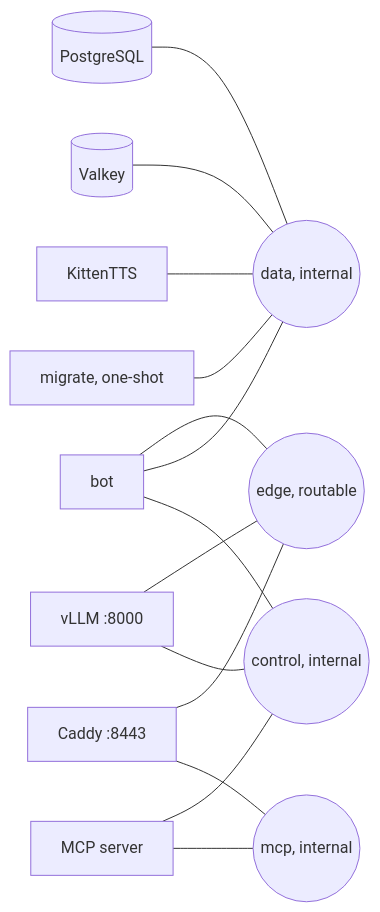
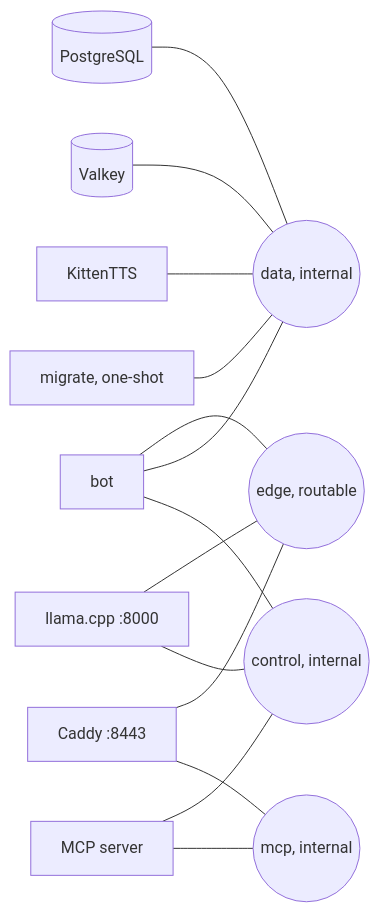
The diagram in deploy/podman/README.md (DeathSurfing/siela-bot), drawn with Mermaid before and after one commit. The commit also changed other lines of this file and 8 other files, not shown here.

First line of the commit message:
deploy(llm): switch stack to llama.cpp with tinyTanLLM-delulu-gemma Q4

````diff
--- a/deploy/podman/README.md
+++ b/deploy/podman/README.md
@@ -18,30 +18,30 @@
 ```mermaid
 flowchart LR
   BOT[bot]
-  LLM[vLLM :8000]
+  LLM[llama.cpp :8000]
   PG[(PostgreSQL)]
   VK[(Valkey)]
   TTS[KittenTTS]
   MIG[migrate, one-shot]
   MCP[MCP server]
   CADDY[Caddy :8443]
 
   EDGE((edge, routable))
   DATA((data, internal))
   CONTROL((control, internal))
   MCPNET((mcp, internal))
 
   BOT --- EDGE
   BOT --- DATA
   BOT --- CONTROL
   LLM --- EDGE
   LLM --- CONTROL
   PG --- DATA
   VK --- DATA
   TTS --- DATA
   MIG --- DATA
   MCP --- CONTROL
   MCP --- MCPNET
   CADDY --- EDGE
   CADDY --- MCPNET
 ```
````
